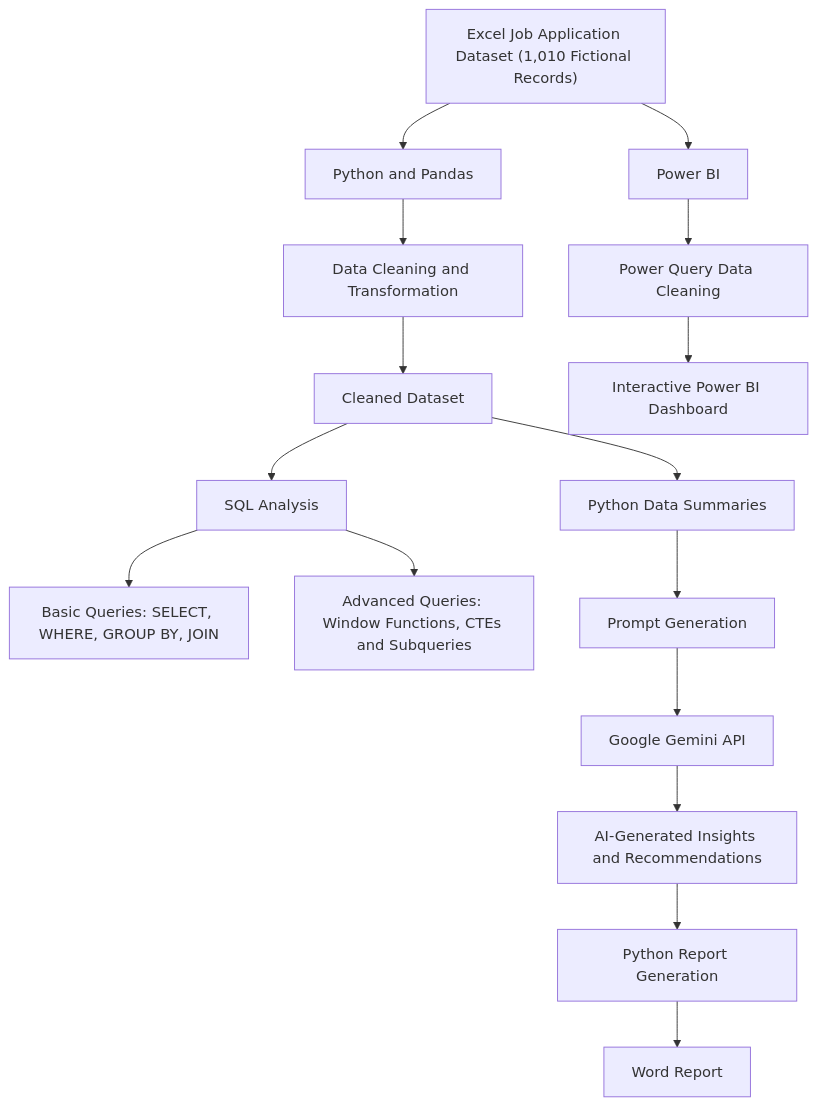
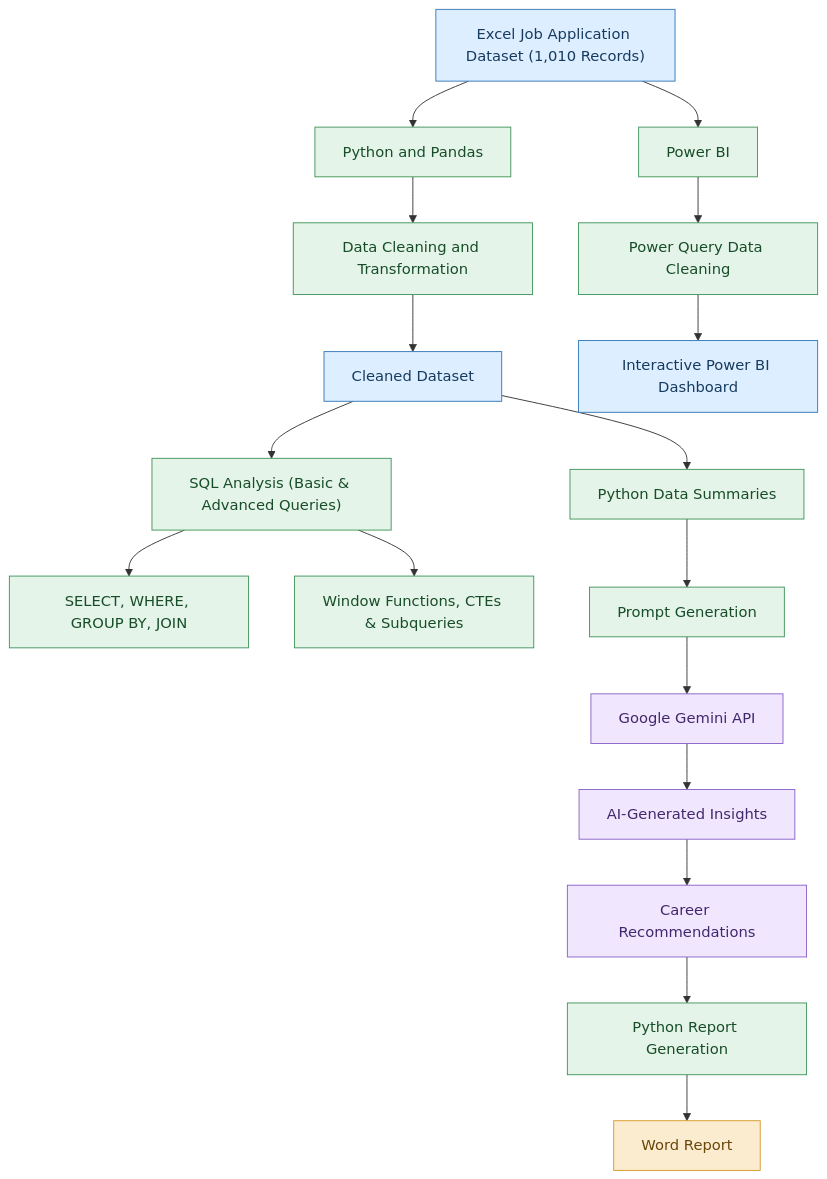
The diagram in README.md (Syedmotahirhasan/AI-Job-Hunt-Tracker-), drawn with Mermaid before and after one commit. The commit also changed other lines of this file, not shown here.

Commit message:
Revise project flowchart and analysis descriptions
Updated project flowchart in README to reflect changes in dataset and analysis steps.

````diff
--- a/README.md
+++ b/README.md
@@ -84,21 +86,40 @@
-``` mermaid
+```mermaid
 flowchart TD
-    A["Excel Job Application Dataset (1,010 Fictional Records)"] --> B["Python and Pandas"]
+    A["Excel Job Application Dataset (1,010 Records)"] --> B["Python and Pandas"]
     B --> C["Data Cleaning and Transformation"]
     C --> D["Cleaned Dataset"]
 
-    D --> E["SQL Analysis"]
-    E --> E1["Basic Queries: SELECT, WHERE, GROUP BY, JOIN"]
-    E --> E2["Advanced Queries: Window Functions, CTEs and Subqueries"]
+    D --> E["SQL Analysis (Basic & Advanced Queries)"]
+    E --> E1["SELECT, WHERE, GROUP BY, JOIN"]
+    E --> E2["Window Functions, CTEs & Subqueries"]
 
     A --> F["Power BI"]
     F --> G["Power Query Data Cleaning"]
     G --> H["Interactive Power BI Dashboard"]
 
     D --> I["Python Data Summaries"]
     I --> J["Prompt Generation"]
     J --> K["Google Gemini API"]
-    K --> L["AI-Generated Insights and Recommendations"]
-    L --> M["Python Report Generation"]
-    M --> N["Word Report"]
+    K --> L["AI-Generated Insights"]
+    L --> M["Career Recommendations"]
+    M --> N["Python Report Generation"]
+    N --> O["Word Report"]
+
+    style A fill:#DCEEFF,stroke:#3478B8,color:#173B5E
+    style B fill:#E5F4E8,stroke:#40945A,color:#174D29
+    style C fill:#E5F4E8,stroke:#40945A,color:#174D29
+    style D fill:#DCEEFF,stroke:#3478B8,color:#173B5E
+    style E fill:#E5F4E8,stroke:#40945A,color:#174D29
+    style E1 fill:#E5F4E8,stroke:#40945A,color:#174D29
+    style E2 fill:#E5F4E8,stroke:#40945A,color:#174D29
+    style F fill:#E5F4E8,stroke:#40945A,color:#174D29
+    style G fill:#E5F4E8,stroke:#40945A,color:#174D29
+    style H fill:#DCEEFF,stroke:#3478B8,color:#173B5E
+    style I fill:#E5F4E8,stroke:#40945A,color:#174D29
+    style J fill:#E5F4E8,stroke:#40945A,color:#174D29
+    style K fill:#F0E7FF,stroke:#8961C5,color:#42276D
+    style L fill:#F0E7FF,stroke:#8961C5,color:#42276D
+    style M fill:#F0E7FF,stroke:#8961C5,color:#42276D
+    style N fill:#E5F4E8,stroke:#40945A,color:#174D29
+    style O fill:#FCECCF,stroke:#D69A28,color:#694609
 ```
````
